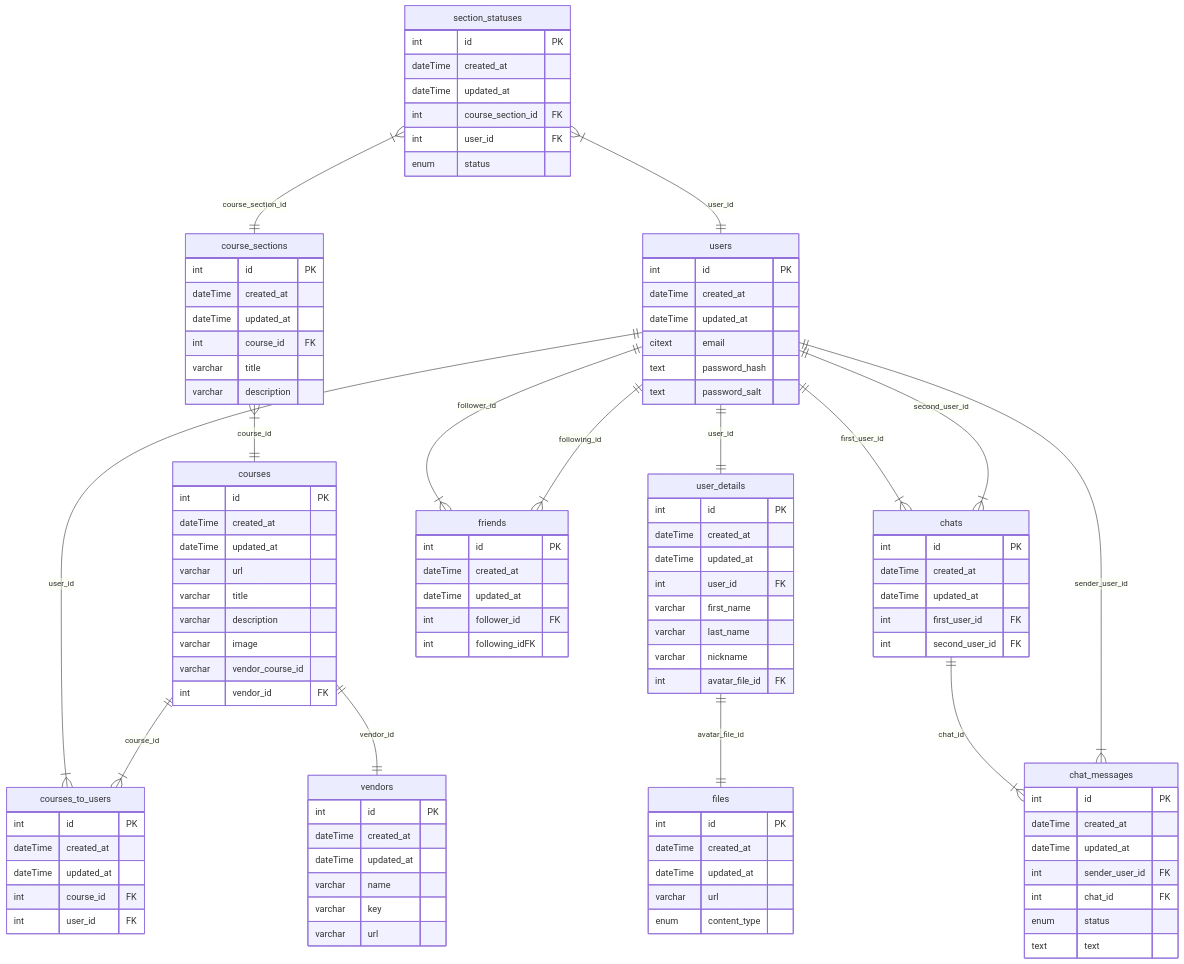
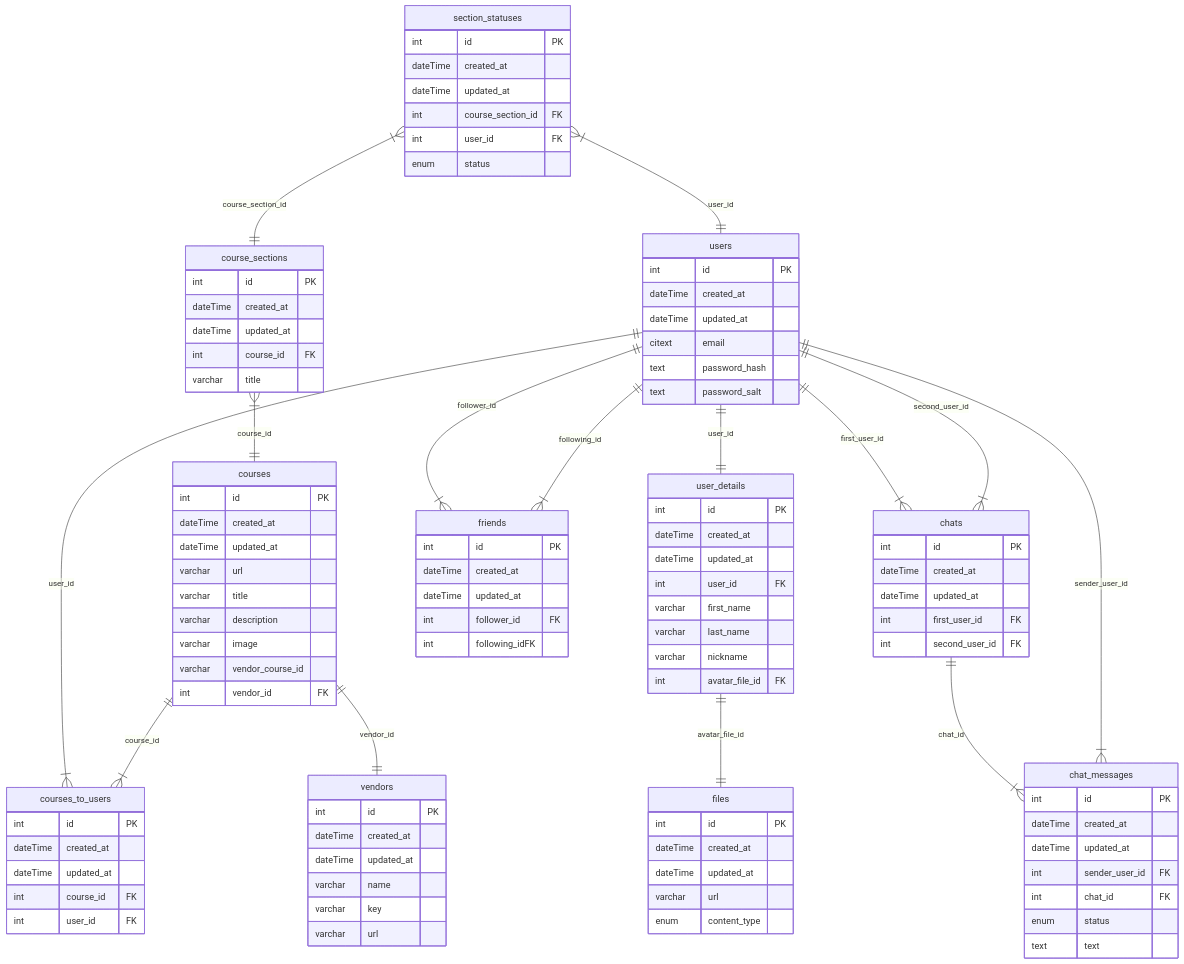
Before and after one commit to BinaryStudioAcademy/bsa-winter-2023-2024-trackmates: the diagram in readme.md, drawn with Mermaid. The commit also changed 12 other files, not shown here.

```diff
--- a/readme.md
+++ b/readme.md
@@ -80,7 +80,6 @@
     dateTime updated_at
     int course_id FK
     varchar title
-    varchar description
    }
 
    section_statuses {
```
